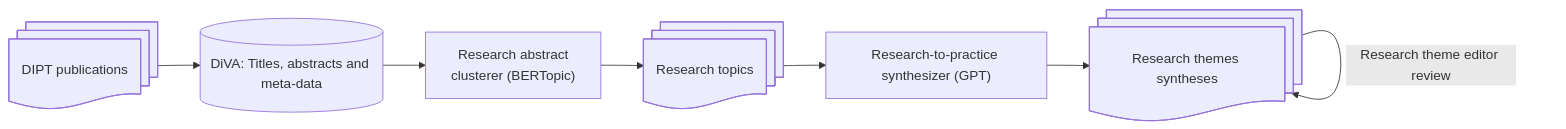
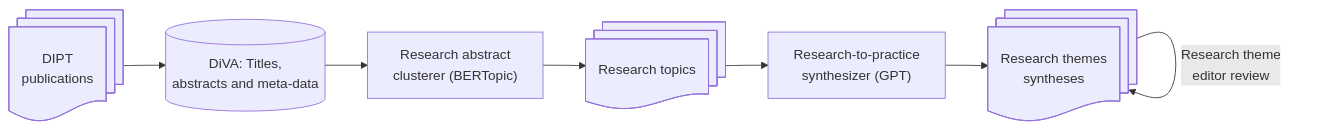
One commit to bth-dipt-research/scipop changed the diagram in README.md. Above: the diagram before and after it, drawn with Mermaid.

Commit message:
Update README.md
Narrower formatting

````diff
--- a/README.md
+++ b/README.md
@@ -6,12 +6,12 @@
 ```mermaid
 flowchart LR
-    Papers@{ shape: docs, label: "DIPT publications"}
-    DiVA@{ shape: database, label: "DiVA: Titles, abstracts and meta-data"}
-    RAC@{ shape: rect, label: "Research abstract
-    clusterer (BERTopic)"}
+    Papers@{ shape: docs, label: "DIPT\npublications"}
+    DiVA@{ shape: database, label: "DiVA: Titles,\nabstracts and meta-data"}
+    RAC@{ shape: rect, label: "Research abstract\nclusterer (BERTopic)"}
     RT@{ shape: docs, label: "Research topics"}
-    RTP@{ shape: rect, label: "Research-to-practice synthesizer (GPT)" }
-    RTS@{ shape: docs, label: "Research themes syntheses" }
+    RTP@{ shape: rect, label: "Research-to-practice\nsynthesizer (GPT)" }
+    RTS@{ shape: docs, label: "Research themes\nsyntheses" }
     Papers --> DiVA --> RAC --> RT --> RTP --> RTS
-    RTS --Research theme editor review--> RTS
+    RTS --Research theme
+ editor review--> RTS
 ```
````
